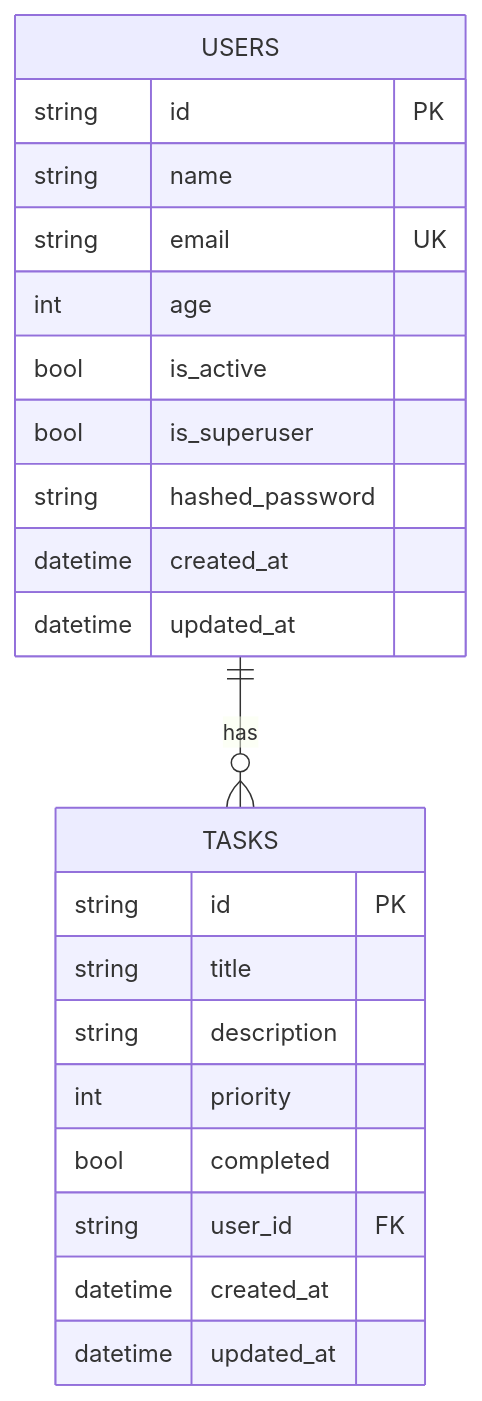
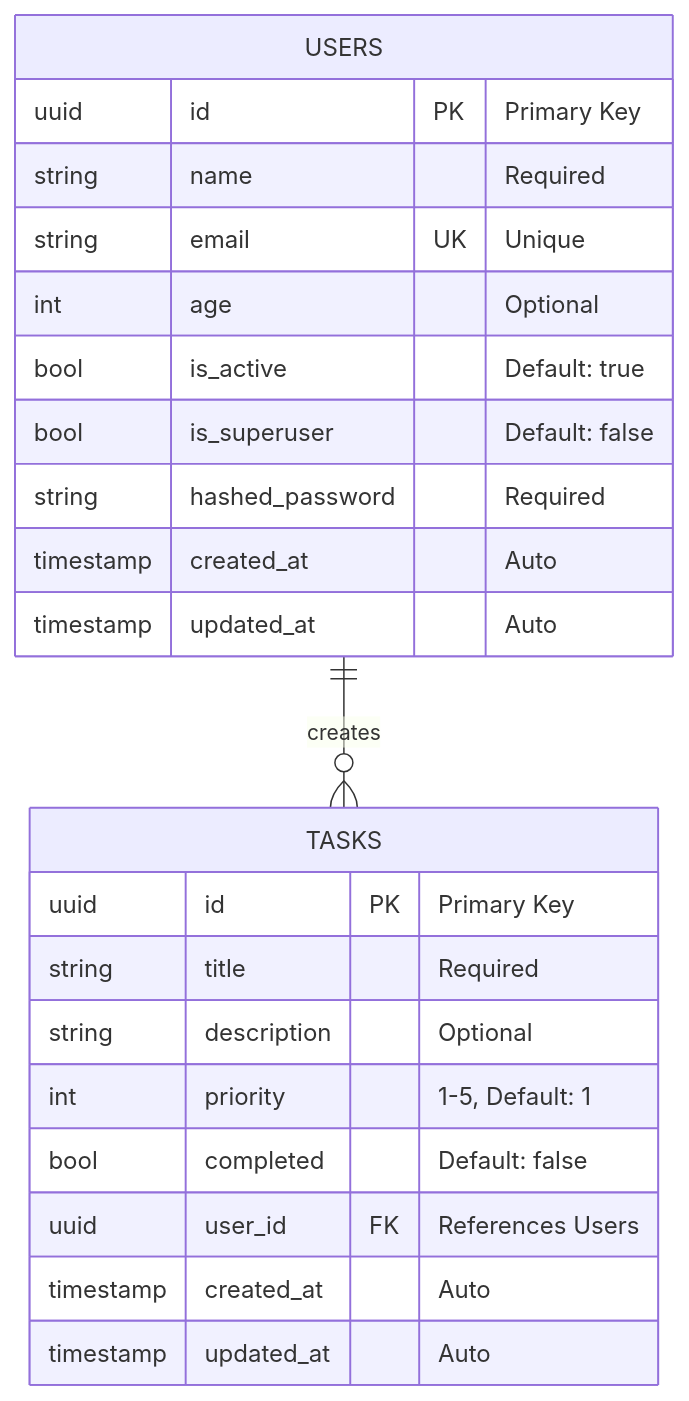
Before and after one commit to anqorithm/user-crud-api: the third of 5 diagrams in README.md, drawn with Mermaid. The commit also changed other lines of this file, not shown here.

Commit message:
docs: improve README diagrams and remove emojis

````diff
--- a/README.md
+++ b/README.md
@@ -110,27 +131,27 @@
 ```mermaid
 erDiagram
     USERS {
-        string id PK ""
-        string name ""
-        string email UK ""
-        int age ""
-        bool is_active ""
-        bool is_superuser ""
-        string hashed_password ""
-        datetime created_at ""
-        datetime updated_at ""
+        uuid id PK "Primary Key"
+        string name "Required"
+        string email UK "Unique"
+        int age "Optional"
+        bool is_active "Default: true"
+        bool is_superuser "Default: false"
+        string hashed_password "Required"
+        timestamp created_at "Auto"
+        timestamp updated_at "Auto"
     }
 
     TASKS {
-        string id PK ""
-        string title ""
-        string description ""
-        int priority ""
-        bool completed ""
-        string user_id FK ""
-        datetime created_at ""
-        datetime updated_at ""
+        uuid id PK "Primary Key"
+        string title "Required"
+        string description "Optional"
+        int priority "1-5, Default: 1"
+        bool completed "Default: false"
+        uuid user_id FK "References Users"
+        timestamp created_at "Auto"
+        timestamp updated_at "Auto"
     }
 
-    USERS ||--o{ TASKS : "has"
+    USERS ||--o{ TASKS : "creates"
 ```
````
